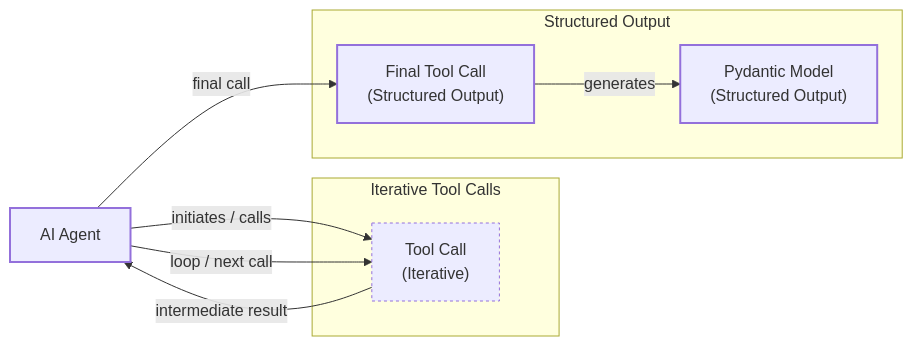
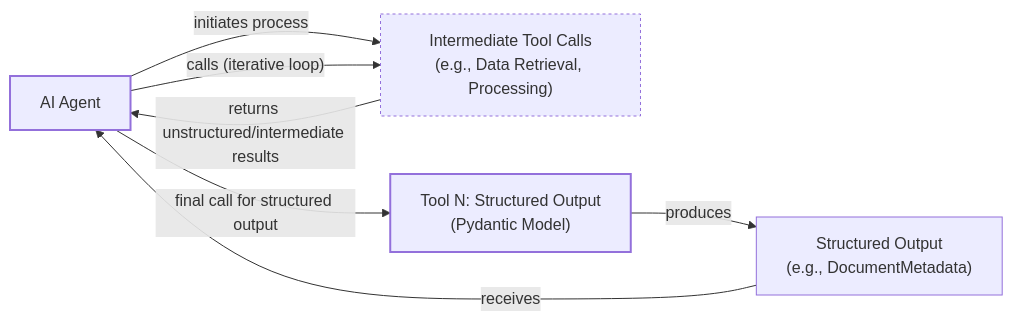
Before and after one commit to YMaXing/Research-Agent-reinforced-by-RL: the second of 3 diagrams in RL_researcher_writer_ymaxing/rl_training_data/noise_experiment/06_tools__var_standard__replicate1__preset1/article_001.md, drawn with Mermaid. The commit also changed other lines of this file and 4528 other files, not shown here.

````diff
--- a/RL_researcher_writer_ymaxing/rl_training_data/noise_experiment/06_tools__var_standard__replicate1__preset1/article_001.md
+++ b/RL_researcher_writer_ymaxing/rl_training_data/noise_experiment/06_tools__var_standard__replicate1__preset1/article_001.md
@@ -724,33 +677,28 @@
 ```mermaid
 flowchart LR
-  %% AI Agent
-  AI["AI Agent"]
-
-  %% Iterative Tool Calls
-  subgraph "Iterative Tool Calls"
-    TC["Tool Call<br/>(Iterative)"]
-  end
-
-  %% Final Structured Output
-  subgraph "Structured Output"
-    FTC["Final Tool Call<br/>(Structured Output)"]
-    SO["Pydantic Model<br/>(Structured Output)"]
-  end
+  %% Nodes
+  A["AI Agent"]
+  IT["Intermediate Tool Calls<br/>(e.g., Data Retrieval, Processing)"]
+  FTO["Tool N: Structured Output<br/>(Pydantic Model)"]
+  SO["Structured Output<br/>(e.g., DocumentMetadata)"]
 
   %% Flow
-  AI -- "initiates / calls" --> TC
-  TC -- "intermediate result" --> AI
-  AI -- "loop / next call" --> TC
+  A -- "initiates process" --> IT
+  IT -- "returns unstructured/intermediate results" --> A
+  A -- "calls (iterative loop)" --> IT
 
-  AI -- "final call" --> FTC
-  FTC -- "generates" --> SO
+  A -- "final call for structured output" --> FTO
+  FTO -- "produces" --> SO
+  SO -- "receives" --> A
 
-  %% Visual differentiation
+  %% Visual grouping
   classDef agent stroke-width:2px
-  classDef iterative stroke-dasharray:3,3
-  classDef structured stroke-width:2px
+  classDef intermediate_tool stroke-dasharray:3,3
+  classDef final_tool stroke-width:2px
+  classDef structured_data stroke-width:1px
 
-  class AI agent
-  class TC iterative
-  class FTC,SO structured
+  class A agent
+  class IT intermediate_tool
+  class FTO final_tool
+  class SO structured_data
 ```
````
